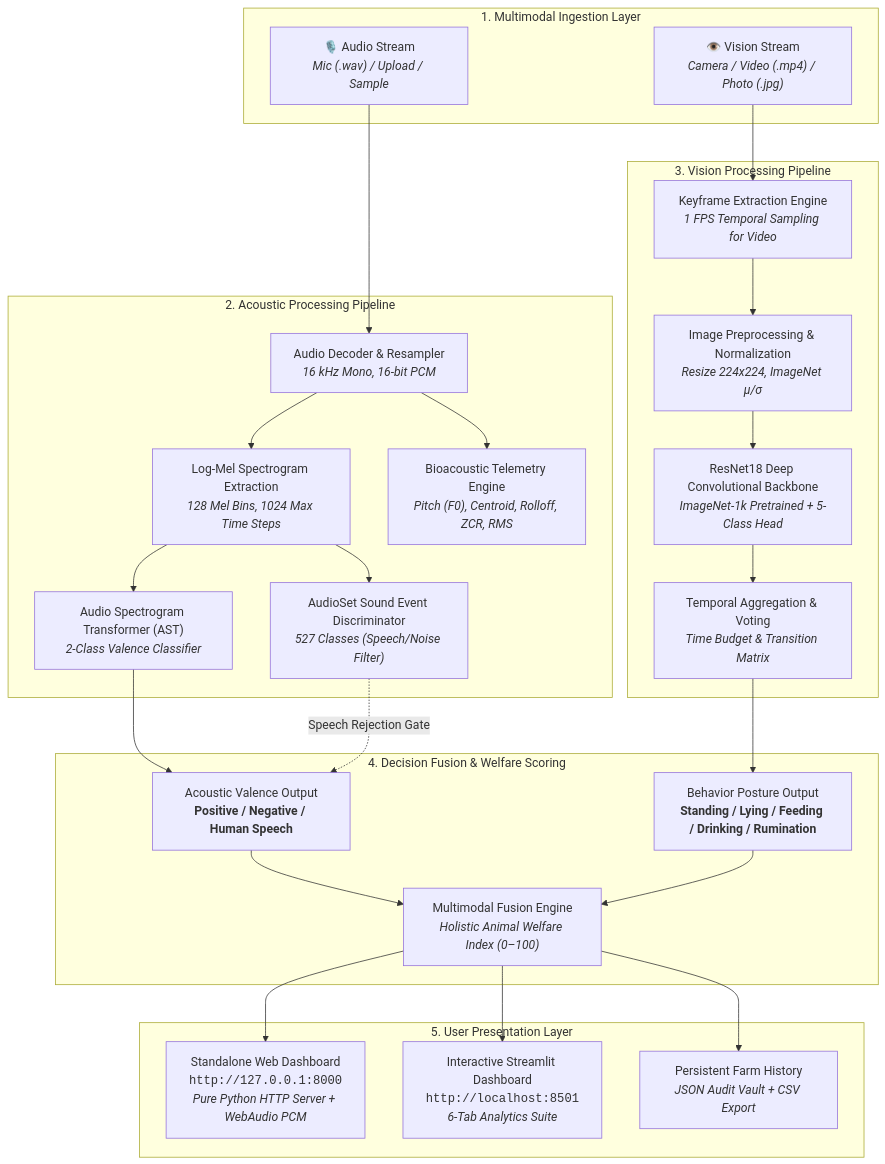
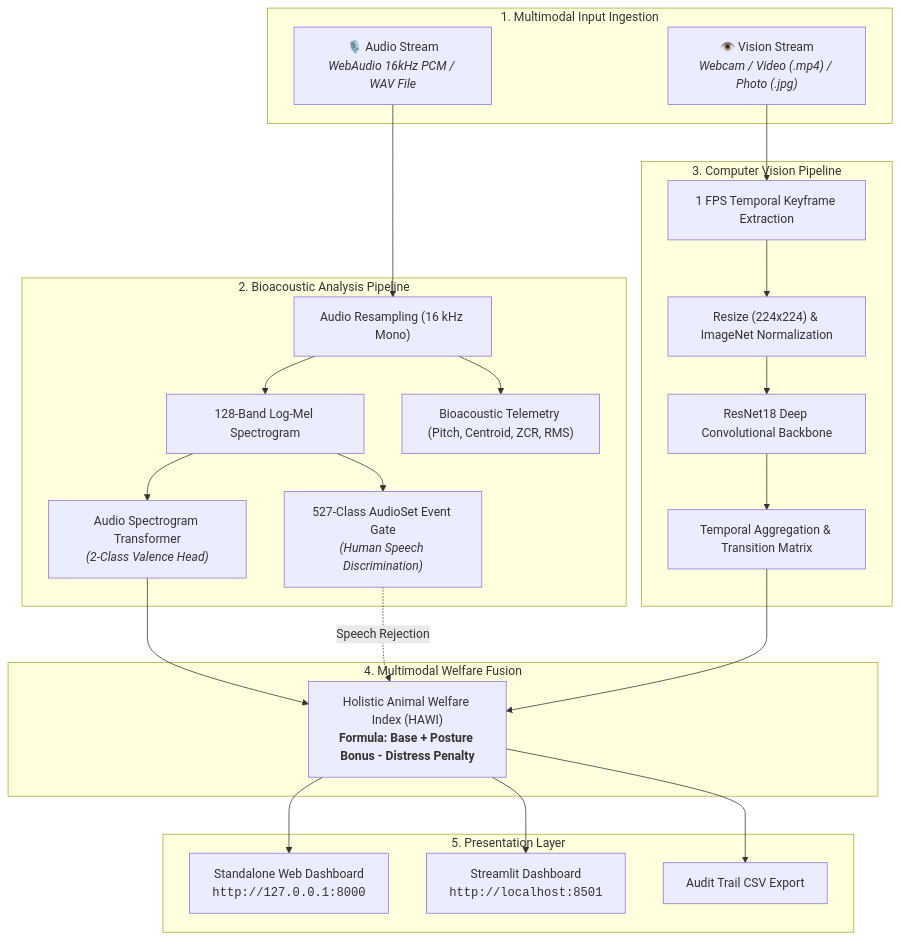
Before and after one commit to sampath300-dot/MooTrack: the diagram in README.md, drawn with Mermaid. The commit also changed other lines of this file, not shown here.

````diff
--- a/README.md
+++ b/README.md
@@ -131,46 +188,44 @@
 ```mermaid
 flowchart TD
-    subgraph DataIngestion["1. Multimodal Ingestion Layer"]
-        A_IN["🎙️ Audio Stream<br><i>Mic (.wav) / Upload / Sample</i>"]
-        V_IN["👁️ Vision Stream<br><i>Camera / Video (.mp4) / Photo (.jpg)</i>"]
+    subgraph DataIngestion["1. Multimodal Input Ingestion"]
+        A_IN["🎙️ Audio Stream<br><i>WebAudio 16kHz PCM / WAV File</i>"]
+        V_IN["👁️ Vision Stream<br><i>Webcam / Video (.mp4) / Photo (.jpg)</i>"]
     end
 
-    subgraph AudioPipeline["2. Acoustic Processing Pipeline"]
-        A_DEC["Audio Decoder & Resampler<br><i>16 kHz Mono, 16-bit PCM</i>"]
-        A_FEAT["Log-Mel Spectrogram Extraction<br><i>128 Mel Bins, 1024 Max Time Steps</i>"]
-        A_DIAG["Bioacoustic Telemetry Engine<br><i>Pitch (F0), Centroid, Rolloff, ZCR, RMS</i>"]
+    subgraph AudioProcessing["2. Bioacoustic Analysis Pipeline"]
+        A_RESAMPLE["Audio Resampling (16 kHz Mono)"]
+        A_MEL["128-Band Log-Mel Spectrogram"]
+        A_METRICS["Bioacoustic Telemetry (Pitch, Centroid, ZCR, RMS)"]
         
-        AST_AS["AudioSet Sound Event Discriminator<br><i>527 Classes (Speech/Noise Filter)</i>"]
-        AST_VAL["Audio Spectrogram Transformer (AST)<br><i>2-Class Valence Classifier</i>"]
+        AST_GATE["527-Class AudioSet Event Gate<br><i>(Human Speech Discrimination)</i>"]
+        AST_VAL["Audio Spectrogram Transformer<br><i>(2-Class Valence Head)</i>"]
         
-        A_IN --> A_DEC --> A_FEAT & A_DIAG
-        A_FEAT --> AST_AS & AST_VAL
+        A_IN --> A_RESAMPLE --> A_MEL & A_METRICS
+        A_MEL --> AST_GATE & AST_VAL
     end
 
-    subgraph VisionPipeline["3. Vision Processing Pipeline"]
-        V_DEC["Keyframe Extraction Engine<br><i>1 FPS Temporal Sampling for Video</i>"]
-        V_NORM["Image Preprocessing & Normalization<br><i>Resize 224x224, ImageNet μ/σ</i>"]
-        RES["ResNet18 Deep Convolutional Backbone<br><i>ImageNet-1k Pretrained + 5-Class Head</i>"]
-        V_AGG["Temporal Aggregation & Voting<br><i>Time Budget & Transition Matrix</i>"]
+    subgraph VisionProcessing["3. Computer Vision Pipeline"]
+        V_KEY["1 FPS Temporal Keyframe Extraction"]
+        V_NORM["Resize (224x224) & ImageNet Normalization"]
+        RESNET["ResNet18 Deep Convolutional Backbone"]
+        V_AGG["Temporal Aggregation & Transition Matrix"]
         
-        V_IN --> V_DEC --> V_NORM --> RES --> V_AGG
+        V_IN --> V_KEY --> V_NORM --> RESNET --> V_AGG
     end
 
-    subgraph OutputFusion["4. Decision Fusion & Welfare Scoring"]
-        FUSION["Multimodal Fusion Engine<br><i>Holistic Animal Welfare Index (0–100)</i>"]
-        AUD_OUT["Acoustic Valence Output<br><b>Positive / Negative / Human Speech</b>"]
-        VIS_OUT["Behavior Posture Output<br><b>Standing / Lying / Feeding / Drinking / Rumination</b>"]
+    subgraph FusionEngine["4. Multimodal Welfare Fusion"]
+        FUSED["Holistic Animal Welfare Index (HAWI)<br><b>Formula: Base + Posture Bonus - Distress Penalty</b>"]
         
-        AST_VAL --> AUD_OUT --> FUSION
-        AST_AS -.->|"Speech Rejection Gate"| AUD_OUT
-        V_AGG --> VIS_OUT --> FUSION
+        AST_VAL --> FUSED
+        AST_GATE -.->|"Speech Rejection"| FUSED
+        V_AGG --> FUSED
     end
 
-    subgraph InterfaceLayer["5. User Presentation Layer"]
-        WEB["Standalone Web Dashboard<br><code>http://127.0.0.1:8000</code><br><i>Pure Python HTTP Server + WebAudio PCM</i>"]
-        STREAM["Interactive Streamlit Dashboard<br><code>http://localhost:8501</code><br><i>6-Tab Analytics Suite</i>"]
-        AUDIT["Persistent Farm History<br><i>JSON Audit Vault + CSV Export</i>"]
+    subgraph Dashboards["5. Presentation Layer"]
+        D_WEB["Standalone Web Dashboard<br><code>http://127.0.0.1:8000</code>"]
+        D_STR["Streamlit Dashboard<br><code>http://localhost:8501</code>"]
+        D_CSV["Audit Trail CSV Export"]
         
-        FUSION --> WEB & STREAM & AUDIT
+        FUSED --> D_WEB & D_STR & D_CSV
     end
 ```
````
